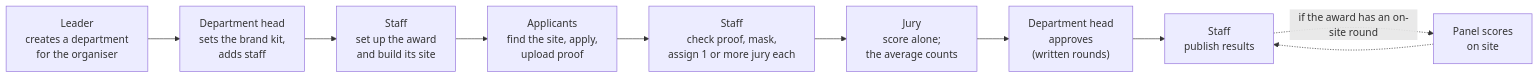
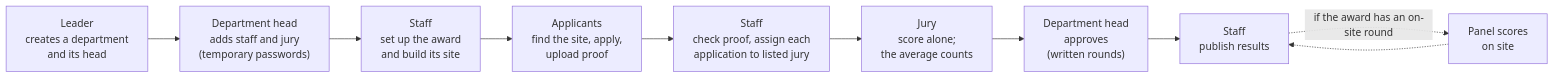
The first of 7 diagrams in docs/ui/README.md (sumitdwivedi01/EigthyAwards), drawn with Mermaid before and after one commit. The commit also changed other lines of this file and 21 other files, not shown here.

````diff
--- a/docs/ui/README.md
+++ b/docs/ui/README.md
@@ -21,12 +21,12 @@
 ```mermaid
 flowchart LR
-    A["Leader<br/>creates a department<br/>for the organiser"] --> B["Department head<br/>sets the brand kit,<br/>adds staff"]
+    A["Leader<br/>creates a department<br/>and its head"] --> B["Department head<br/>adds staff and jury<br/>(temporary passwords)"]
     B --> C["Staff<br/>set up the award<br/>and build its site"]
     C --> D["Applicants<br/>find the site, apply,<br/>upload proof"]
-    D --> E["Staff<br/>check proof, mask,<br/>assign 1 or more jury each"]
+    D --> E["Staff<br/>check proof, assign each<br/>application to listed jury"]
     E --> F["Jury<br/>score alone;<br/>the average counts"]
     F --> G["Department head<br/>approves<br/>(written rounds)"]
     G --> H["Staff<br/>publish results"]
     H -.->|if the award has an on-site round| I["Panel scores<br/>on site"]
     I -.-> H
 ```
````
